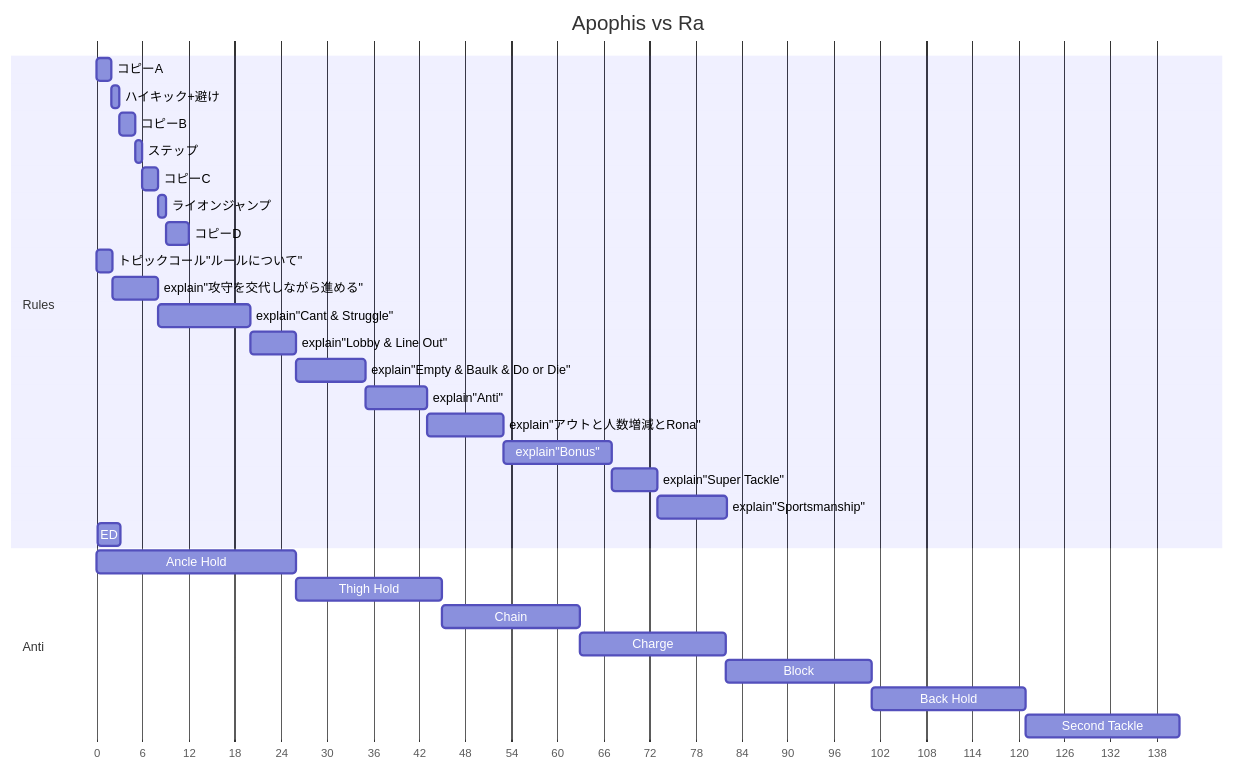
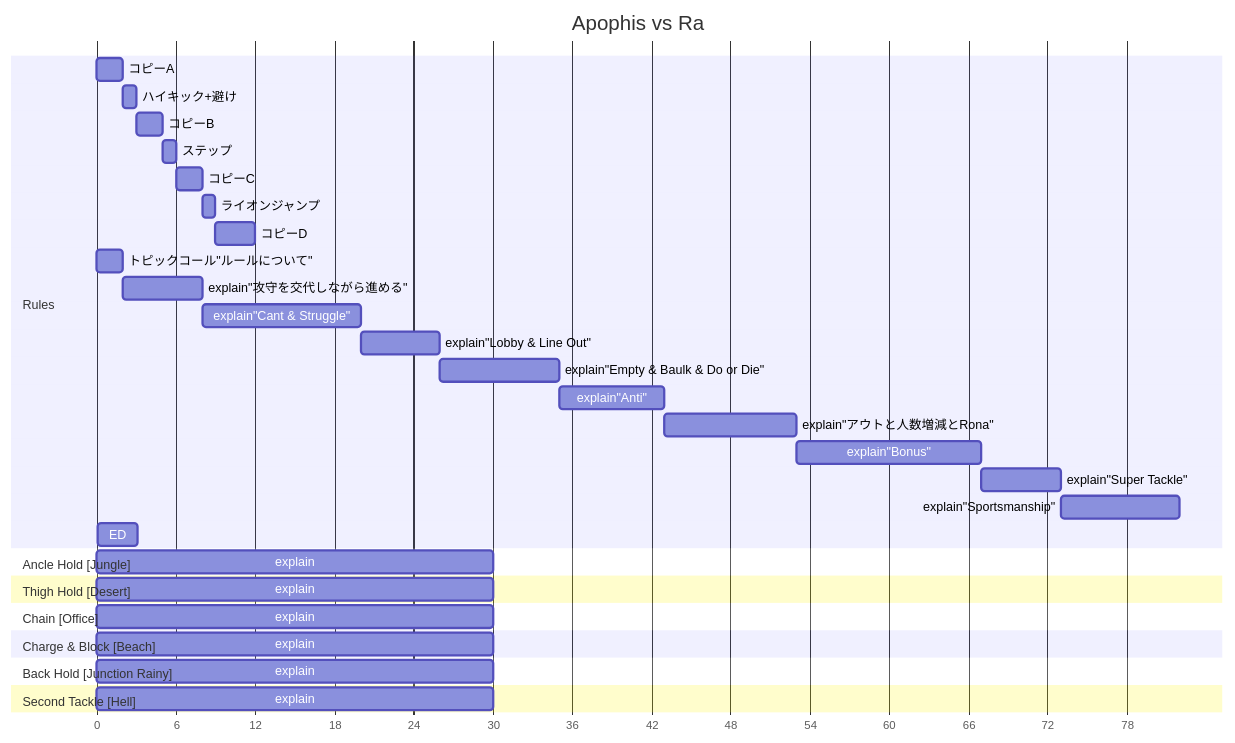
Before and after one commit to 4hoe8pow/Ancient: the first of 2 diagrams in README.md, drawn with Mermaid.

````diff
--- a/README.md
+++ b/README.md
@@ -5,42 +5,45 @@
 ```mermaid
 gantt
     dateFormat  X
     axisFormat  %s
     tickInterval 6second
     title      Apophis vs Ra
     %% Unified to 97 seconds in total
 
     %% To avoid wasting time on titles like "Episode x: △△", use embedded objects in the opening scene for expression (it doesn't matter if it's unnoticed)
     %% ED === Next Episode Preview
 
     section Rules
     コピーA :e1, 0, 2s
     ハイキック+避け :e2, after e1, 1s
     コピーB : e3, after e2, 2s
     ステップ :e4, after e3, 1s
     コピーC : e5, after e4, 2s
     ライオンジャンプ :e6, after e5, 1s
     コピーD : e7, after e6, 3s
     トピックコール"ルールについて" : e8, 13, 2s
     explain"攻守を交代しながら進める" : e9, after e8, 6s
     explain"Cant & Struggle" : e10, after e9, 12s
     explain"Lobby & Line Out" : e11, after e10, 6s
     explain"Empty & Baulk & Do or Die" : e12, after e11, 9s
     explain"Anti" : e13, after e12, 8s
     explain"アウトと人数増減とRona" : e14, after e13, 10s
     explain"Bonus" : e15, after e14, 14s
     explain"Super Tackle" : e16, after e15, 6s
     explain"Sportsmanship" : e17, after e16, 9s
     ED              :97, 3s
 
-    section Anti
-    Ancle Hold: m1, 0, 26s
-    Thigh Hold : m2, after m1, 19s
-    Chain : m3, after m2, 18s
-    Charge : m4, after m3, 19s
-    Block : m5, after m4, 19s
-    Back Hold : m6, after m5, 20s
-    Second Tackle : m7, after m6, 20s
-
+    section Ancle Hold [Jungle]
+    explain : 0,30s
+    section Thigh Hold [Desert]
+    explain : 0,30s
+    section Chain [Office]
+    explain : 0,30s
+    section Charge & Block [Beach]
+    explain : 0,30s
+    section Back Hold [Junction Rainy] 
+    explain : 0,30s
+    section Second Tackle [Hell]
+    explain : 0,30s
 
 ```
````
